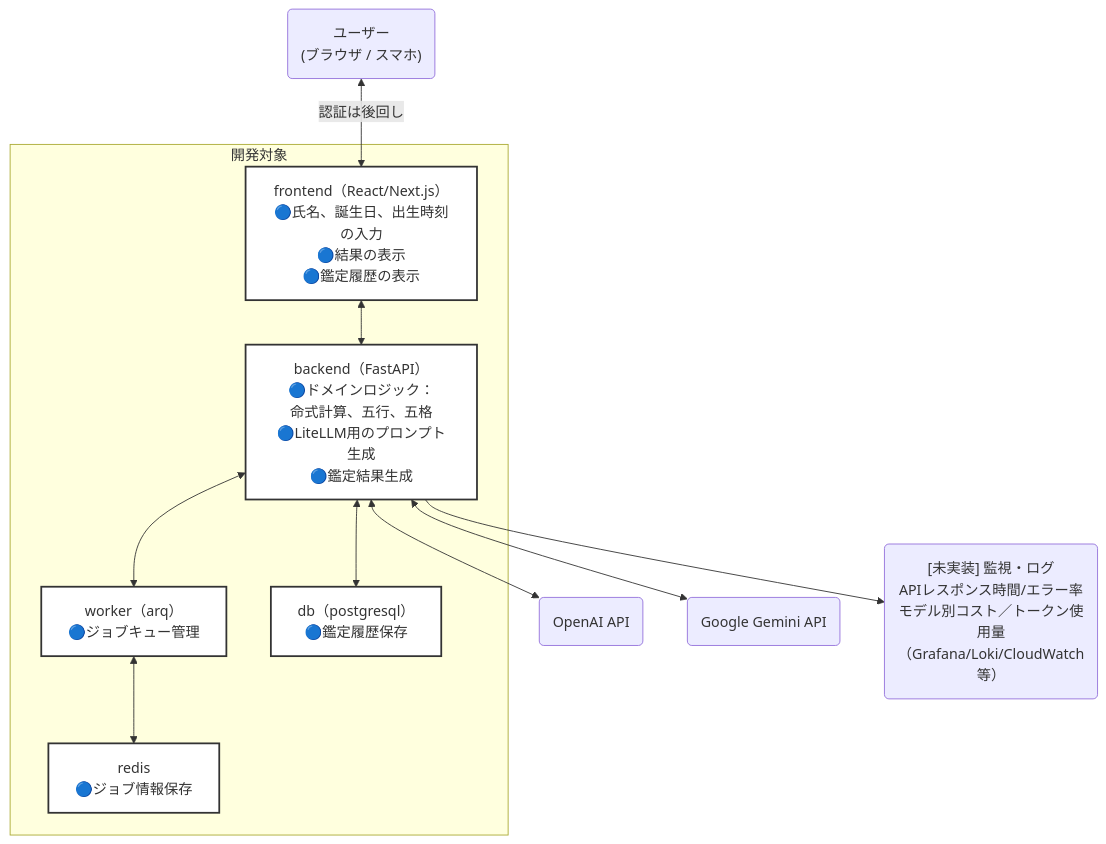
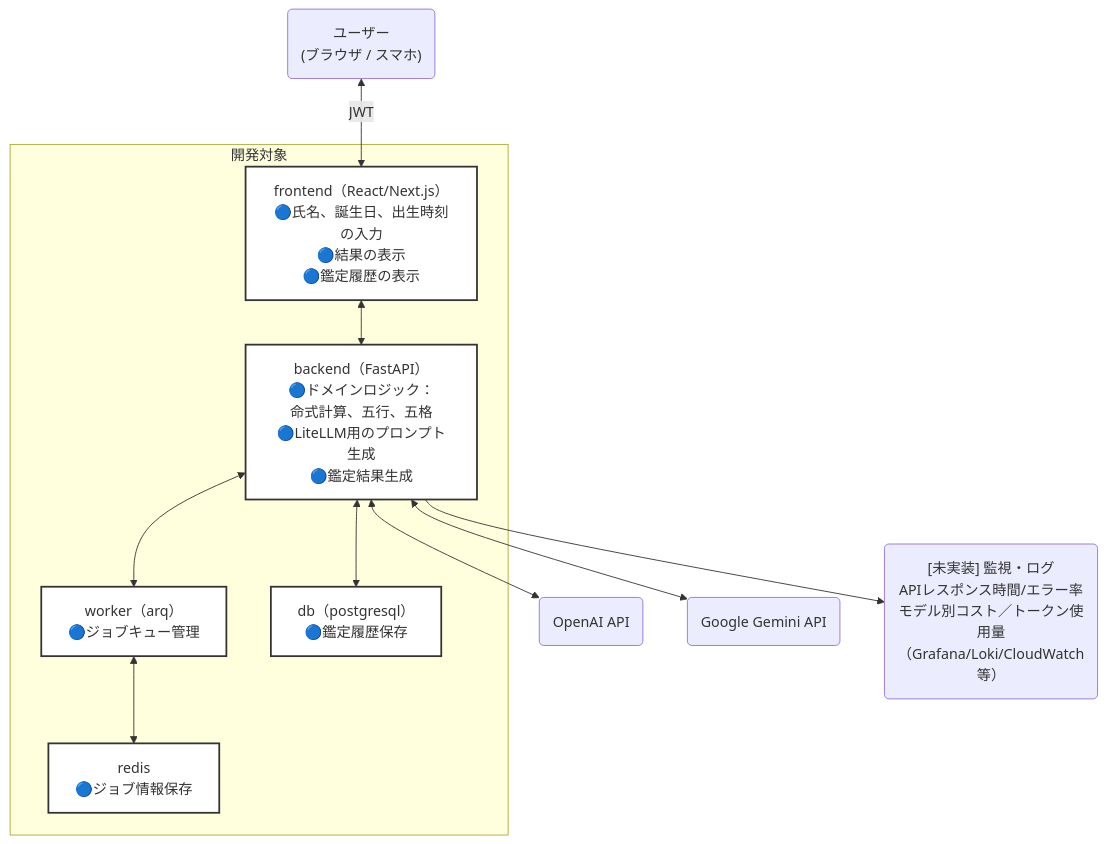
Before and after one commit to plaodas/fortunes: the diagram in README.md, drawn with Mermaid. The commit also changed other lines of this file and 14 other files, not shown here.

````diff
--- a/README.md
+++ b/README.md
@@ -30,53 +31,53 @@
 ```mermaid
 flowchart TD
   %% ノード定義
   user("`ユーザー
     (ブラウザ / スマホ)
   `")
   subgraph 開発対象
     frontend["`frontend（React/Next.js）
       🔵氏名、誕生日、出生時刻の入力
       🔵結果の表示
       🔵鑑定履歴の表示
     `"]
     backend["`backend（FastAPI）
       🔵ドメインロジック：
         命式計算、五行、五格
       🔵LiteLLM用のプロンプト生成
       🔵鑑定結果生成
     `"]
     worker["`worker（arq）
       🔵ジョブキュー管理
     `"]
     redis["`redis
       🔵ジョブ情報保存
     `"]
     db["`db（postgresql）
       🔵鑑定履歴保存
     `"]
   end
   openai("OpenAI API")
   google("Google Gemini API")
   monitor("`[未実装] 監視・ログ
     APIレスポンス時間/エラー率
     モデル別コスト／トークン使用量
     （Grafana/Loki/CloudWatch等）
   `")
 
-  user <-->|認証は後回し| frontend
+  user <-->|JWT| frontend
   frontend <--> backend
   backend <--> worker
   worker <--> redis
   backend <--> db
   backend --> monitor
   backend <--> openai
   backend <--> google
 
   %% 幅を指定するクラス定義（pxで指定）
 
   classDef wideCard stroke:#333,stroke-width:1px
   class * wideCard
   classDef dev fill:#fff,stroke:#333,stroke-width:2px,width:400px;text-align:center
   class frontend,backend,worker,redis,db dev
 
 ```
````
